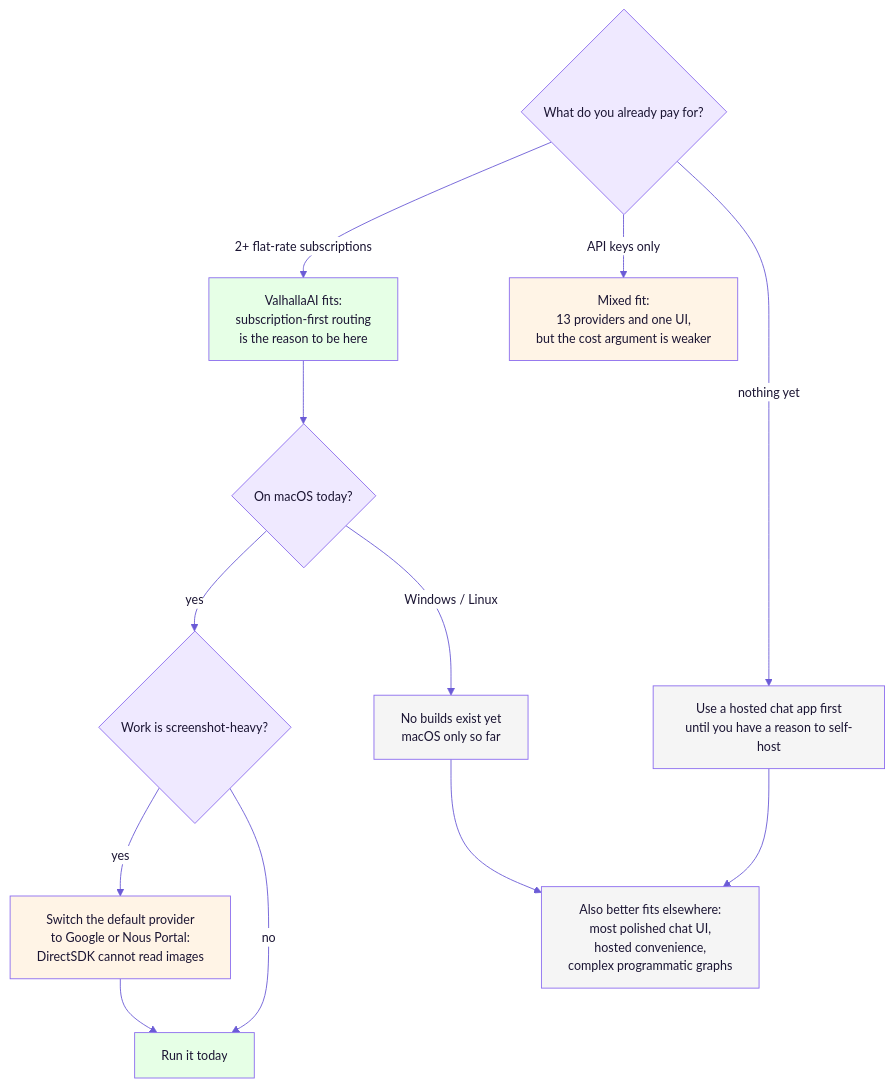
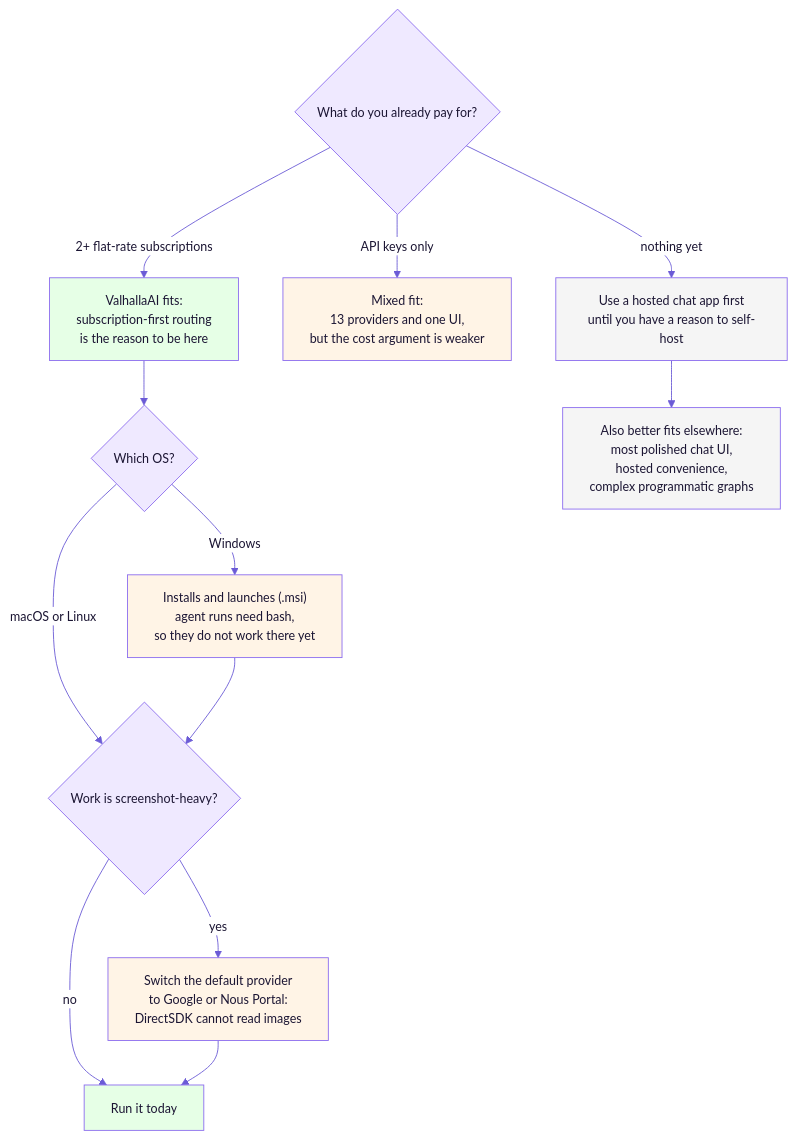
The third of 3 diagrams in POSITIONING.md (jacobcowanr/ValhallaAI), drawn with Mermaid before and after one commit. The commit also changed other lines of this file and 4 other files, not shown here.

````diff
--- a/POSITIONING.md
+++ b/POSITIONING.md
@@ -137,35 +137,36 @@
 ```mermaid
 %%{init: {'fontFamily':'Arial, Helvetica, sans-serif','theme':'base','themeVariables':{'primaryColor':'#efe9ff','primaryTextColor':'#1b1533','primaryBorderColor':'#8b6cef','lineColor':'#6b5bd6','secondaryColor':'#e4eaff','tertiaryColor':'#f7f5ff','edgeLabelBackground':'#ffffff','fontFamily':'Arial, Helvetica, sans-serif','fontSize':'14px','noteBkgColor':'#fff6dc','noteTextColor':'#3a2f00','actorBkg':'#efe9ff','actorBorder':'#8b6cef','actorTextColor':'#1b1533','signalColor':'#4a3fb0','signalTextColor':'#1b1533','xyChart':{'backgroundColor':'#ffffff','plotColorPalette':'#8b6cef','titleColor':'#1b1533','xAxisLabelColor':'#1b1533','yAxisLabelColor':'#1b1533','xAxisTitleColor':'#1b1533','yAxisTitleColor':'#1b1533','xAxisLineColor':'#6b5bd6','yAxisLineColor':'#6b5bd6','xAxisTickColor':'#6b5bd6','yAxisTickColor':'#6b5bd6'}}}}%%
 flowchart TD
     accTitle: Does ValhallaAI fit you
     accDescr {
         Start from what you already pay for. If you carry two or more flat-rate
         AI subscriptions, the subscription-first routing is the reason to be
         here. If you want the most polished chat experience, hosted convenience,
         or complex programmatic agent graphs, other tools fit better today. If
-        you are on Windows or Linux, builds do not exist yet. If your work is
-        screenshot-heavy and you leave the default provider in place, images
-        will not send until you switch providers.
+        you are on macOS or Linux, it runs as is. On Windows it installs and
+        launches, but agent runs need bash and do not work there yet. If your
+        work is screenshot-heavy and you leave the default provider in place,
+        images will not send until you switch providers.
     }
     Start{"What do you already pay for?"} -->|"2+ flat-rate subscriptions"| Fit["ValhallaAI fits:<br/>subscription-first routing<br/>is the reason to be here"]
     Start -->|"API keys only"| Maybe["Mixed fit:<br/>13 providers and one UI,<br/>but the cost argument is weaker"]
     Start -->|"nothing yet"| No1["Use a hosted chat app first<br/>until you have a reason to self-host"]
 
-    Fit --> OS{"On macOS today?"}
-    OS -->|yes| Shots{"Work is screenshot-heavy?"}
-    OS -->|"Windows / Linux"| No2["No builds exist yet<br/>macOS only so far"]
+    Fit --> OS{"Which OS?"}
+    OS -->|"macOS or Linux"| Shots{"Work is screenshot-heavy?"}
+    OS -->|Windows| Win["Installs and launches (.msi)<br/>agent runs need bash,<br/>so they do not work there yet"]
+    Win --> Shots
     Shots -->|yes| Switch["Switch the default provider<br/>to Google or Nous Portal:<br/>DirectSDK cannot read images"]
     Shots -->|no| Go["Run it today"]
     Switch --> Go
 
     No1 --> Alt["Also better fits elsewhere:<br/>most polished chat UI,<br/>hosted convenience,<br/>complex programmatic graphs"]
-    No2 --> Alt
 
     style Fit fill:#e6ffe6
     style Go fill:#e6ffe6
     style Switch fill:#fff4e6
     style Maybe fill:#fff4e6
     style No1 fill:#f5f5f5
-    style No2 fill:#f5f5f5
+    style Win fill:#fff4e6
     style Alt fill:#f5f5f5
 ```
````
